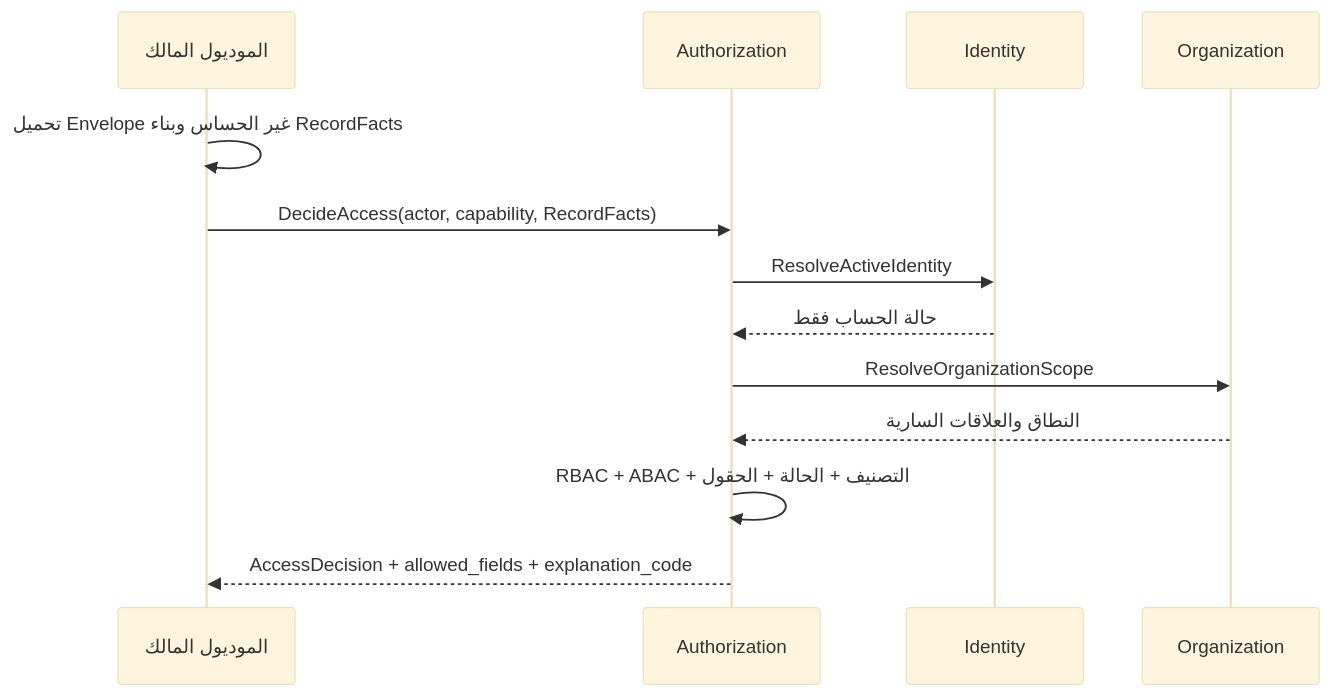
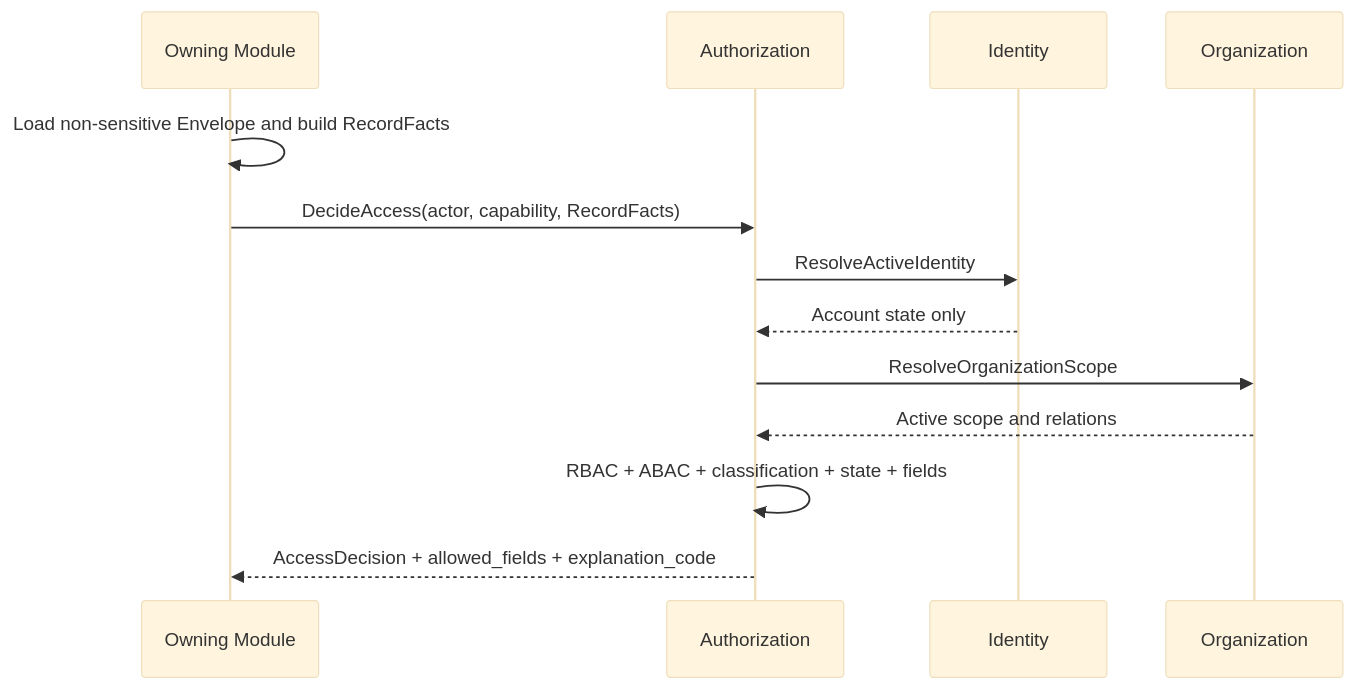
Before and after one commit to tariiq222/cluster: the second of 4 diagrams in docs/architecture/context-map.md, drawn with Mermaid (base theme). The commit also changed other lines of this file and 129 other files, not shown here.

````diff
--- a/docs/architecture/context-map.md
+++ b/docs/architecture/context-map.md
@@ -278,16 +278,16 @@
 ```mermaid
 sequenceDiagram
-    participant Caller as الموديول المالك
+    participant Caller as Owning Module
     participant Auth as Authorization
     participant Identity as Identity
     participant Org as Organization
 
-    Caller->>Caller: تحميل Envelope غير الحساس وبناء RecordFacts
+    Caller->>Caller: Load non-sensitive Envelope and build RecordFacts
     Caller->>Auth: DecideAccess(actor, capability, RecordFacts)
     Auth->>Identity: ResolveActiveIdentity
-    Identity-->>Auth: حالة الحساب فقط
+    Identity-->>Auth: Account state only
     Auth->>Org: ResolveOrganizationScope
-    Org-->>Auth: النطاق والعلاقات السارية
-    Auth->>Auth: RBAC + ABAC + التصنيف + الحالة + الحقول
+    Org-->>Auth: Active scope and relations
+    Auth->>Auth: RBAC + ABAC + classification + state + fields
     Auth-->>Caller: AccessDecision + allowed_fields + explanation_code
 ```
````
